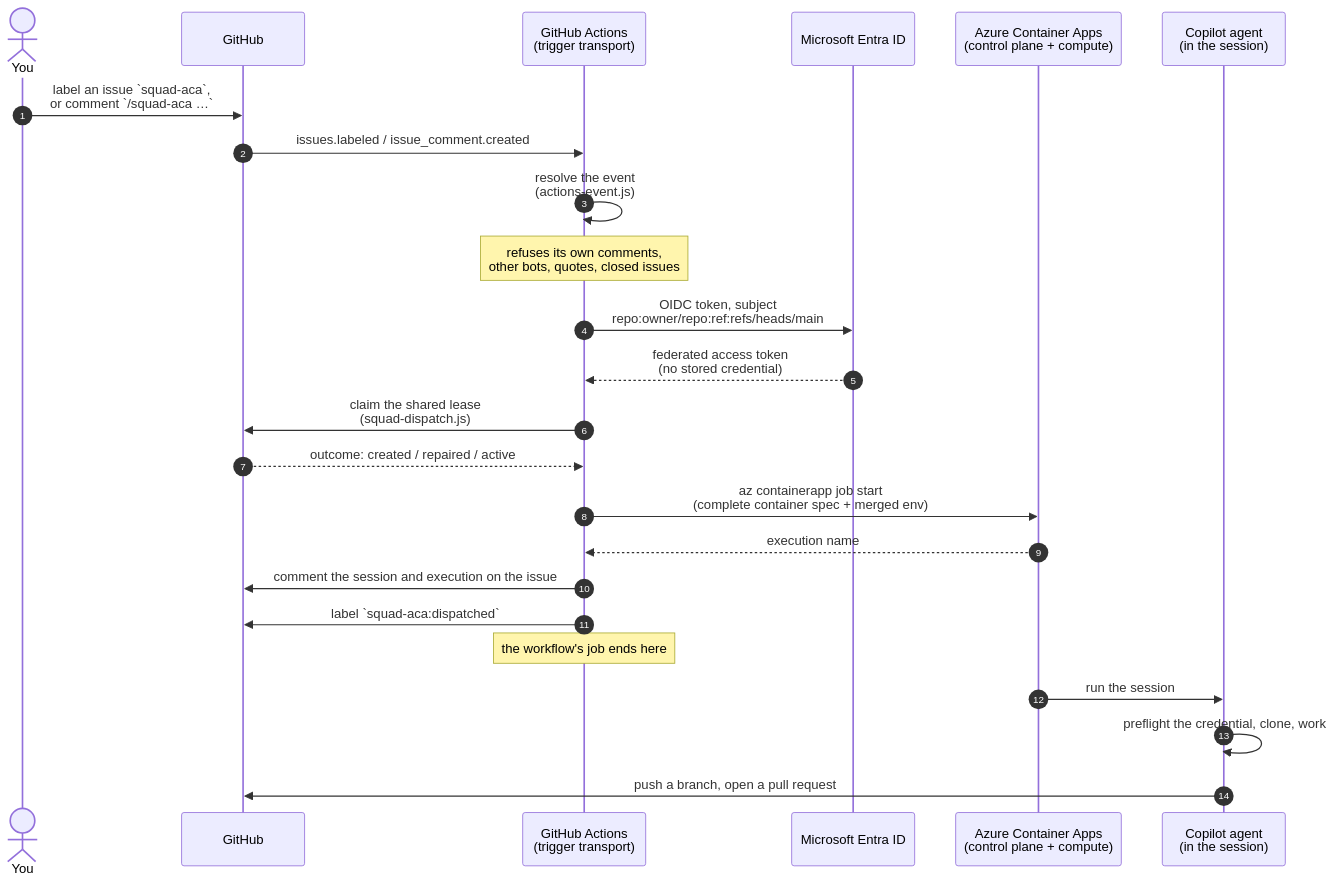
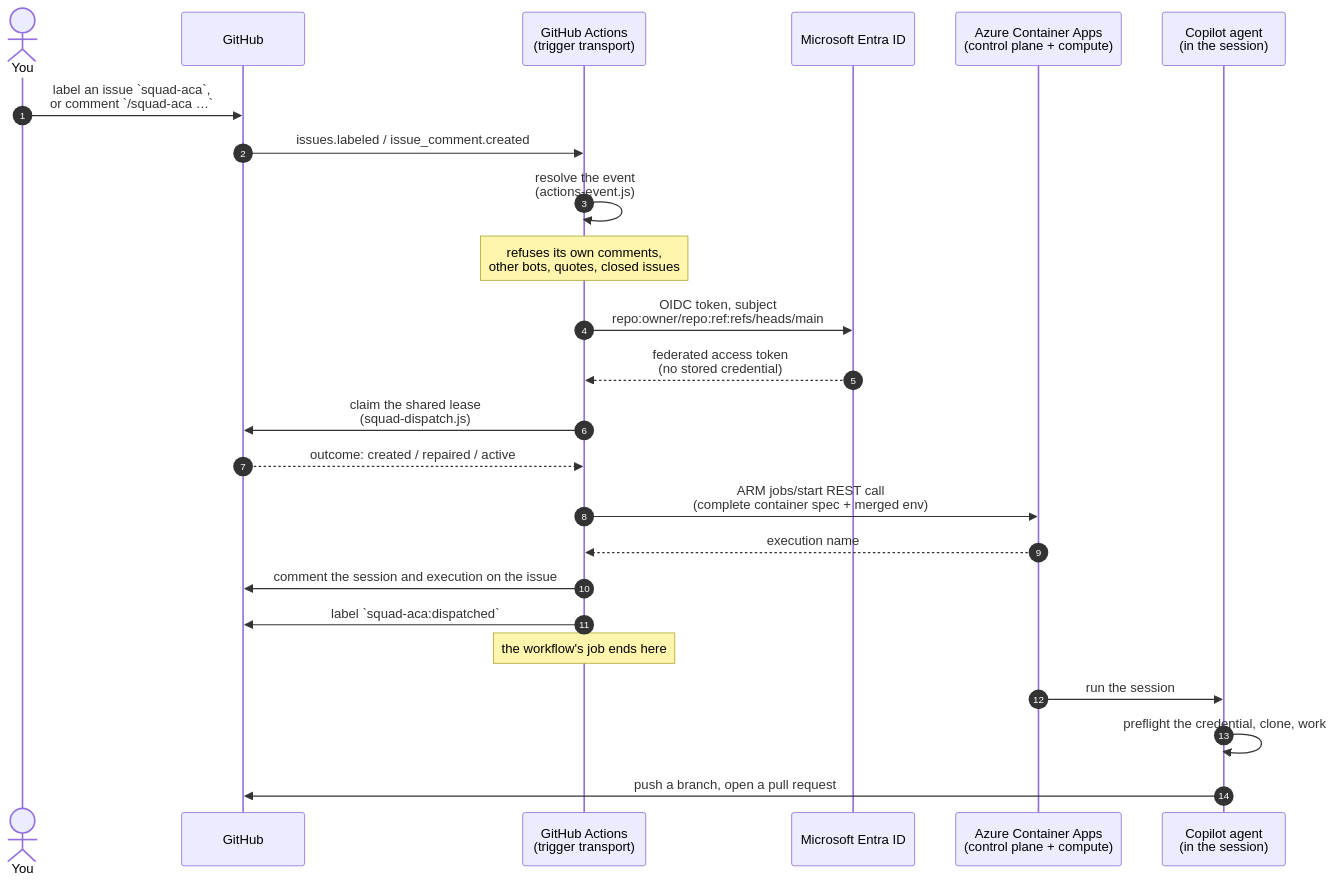
Before and after one commit to swigerb/squad-on-aca: the diagram in docs/actions-trigger.md, drawn with Mermaid. The commit also changed other lines of this file and 53 other files, not shown here.

First line of the commit message:
fix(dispatch): start ACA executions via the ARM REST API (#129)

````diff
--- a/docs/actions-trigger.md
+++ b/docs/actions-trigger.md
@@ -9,27 +11,27 @@
 ```mermaid
 sequenceDiagram
     autonumber
     actor Dev as You
     participant GH as GitHub
     participant GA as GitHub Actions<br/>(trigger transport)
     participant AAD as Microsoft Entra ID
     participant ACA as Azure Container Apps<br/>(control plane + compute)
     participant Ag as Copilot agent<br/>(in the session)
 
     Dev->>GH: label an issue `squad-aca`,<br/>or comment `/squad-aca …`
     GH->>GA: issues.labeled / issue_comment.created
     GA->>GA: resolve the event<br/>(actions-event.js)
     Note over GA: refuses its own comments,<br/>other bots, quotes, closed issues
     GA->>AAD: OIDC token, subject<br/>repo:owner/repo:ref:refs/heads/main
     AAD-->>GA: federated access token<br/>(no stored credential)
     GA->>GH: claim the shared lease<br/>(squad-dispatch.js)
     GH-->>GA: outcome: created / repaired / active
-    GA->>ACA: az containerapp job start<br/>(complete container spec + merged env)
+    GA->>ACA: ARM jobs/start REST call<br/>(complete container spec + merged env)
     ACA-->>GA: execution name
     GA->>GH: comment the session and execution on the issue
     GA->>GH: label `squad-aca:dispatched`
     Note over GA: the workflow's job ends here
     ACA->>Ag: run the session
     Ag->>Ag: preflight the credential, clone, work
     Ag->>GH: push a branch, open a pull request
 ```
````
